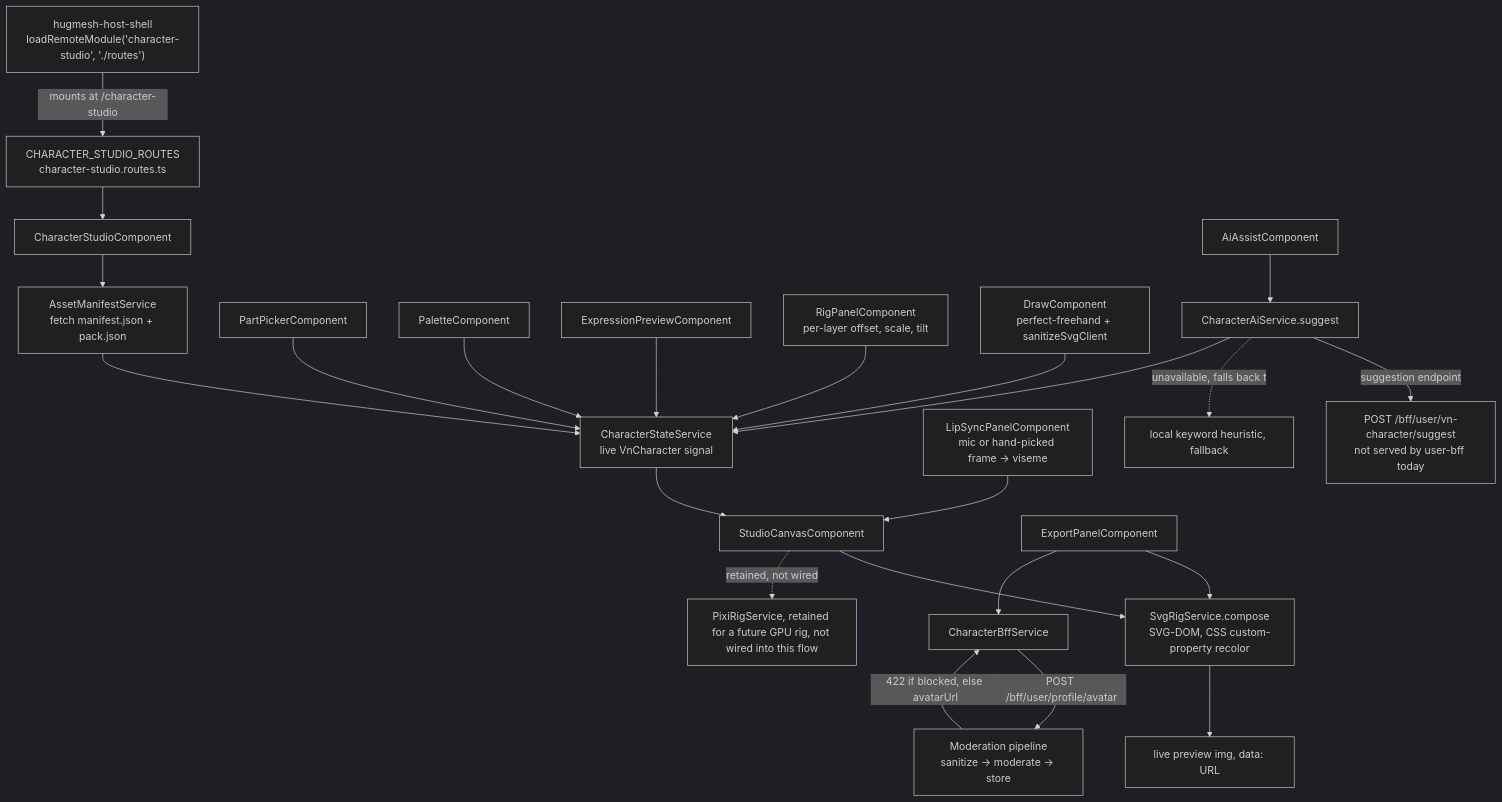
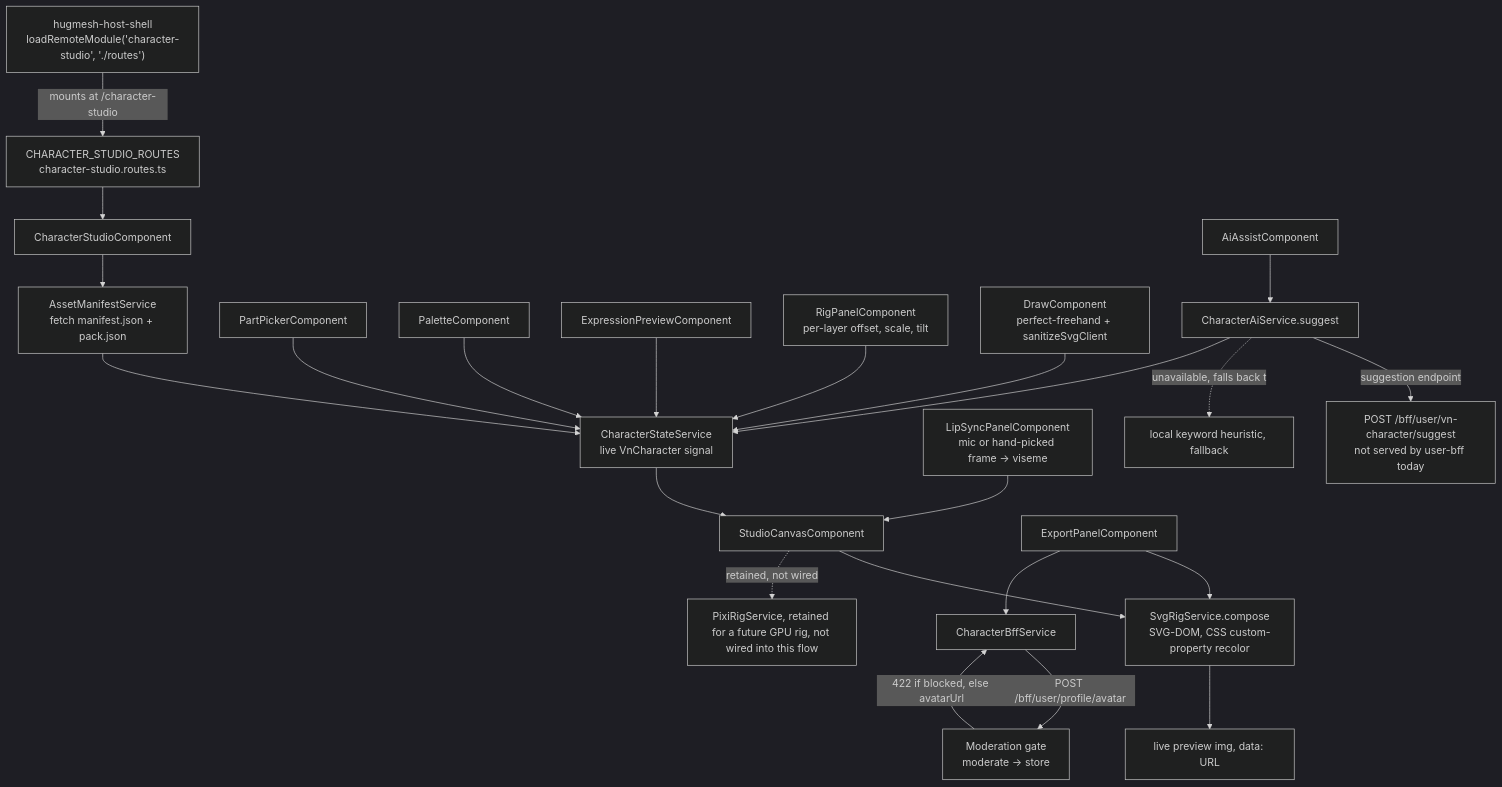
Before and after one commit to hugmesh/hugmesh-character-studio-ui: the diagram in README.md, drawn with Mermaid (dark theme). The commit also changed other lines of this file, not shown here.

First line of the commit message:
docs(readme): hybrid toggle lives in the part picker; moderation gate is moderate then store

````diff
--- a/README.md
+++ b/README.md
@@ -57,52 +57,52 @@
 ```mermaid
 flowchart TB
     Host["hugmesh-host-shell<br/>loadRemoteModule('character-studio', './routes')"]
     Routes["CHARACTER_STUDIO_ROUTES<br/>character-studio.routes.ts"]
     Studio["CharacterStudioComponent"]
     Assets["AssetManifestService<br/>fetch manifest.json + pack.json"]
     State["CharacterStateService<br/>live VnCharacter signal"]
     Canvas["StudioCanvasComponent"]
     SvgRig["SvgRigService.compose<br/>SVG-DOM, CSS custom-property recolor"]
     Preview["live preview img, data: URL"]
     PartPicker["PartPickerComponent"]
     Palette["PaletteComponent"]
     ExprPreview["ExpressionPreviewComponent"]
     LipSync["LipSyncPanelComponent<br/>mic or hand-picked frame -> viseme"]
     RigPanel["RigPanelComponent<br/>per-layer offset, scale, tilt"]
     Draw["DrawComponent<br/>perfect-freehand + sanitizeSvgClient"]
     AiAssist["AiAssistComponent"]
     CharacterAi["CharacterAiService.suggest"]
     BffSuggest["POST /bff/user/vn-character/suggest<br/>not served by user-bff today"]
     LocalHeuristic["local keyword heuristic, fallback"]
     ExportPanel["ExportPanelComponent"]
     CharacterBff["CharacterBffService"]
-    Moderation["Moderation pipeline<br/>sanitize -> moderate -> store"]
+    Moderation["Moderation gate<br/>moderate -> store"]
     PixiRig["PixiRigService, retained for a future GPU rig, not wired into this flow"]
 
     Host -->|mounts at /character-studio| Routes
     Routes --> Studio
     Studio --> Assets
     Assets --> State
     State --> Canvas
     Canvas --> SvgRig
     SvgRig --> Preview
 
     PartPicker --> State
     Palette --> State
     ExprPreview --> State
     RigPanel --> State
     LipSync --> Canvas
     Draw --> State
 
     AiAssist --> CharacterAi
     CharacterAi -->|suggestion endpoint| BffSuggest
     CharacterAi -.unavailable, falls back to.-> LocalHeuristic
     CharacterAi --> State
 
     ExportPanel --> SvgRig
     ExportPanel --> CharacterBff
     CharacterBff -->|POST /bff/user/profile/avatar| Moderation
     Moderation -->|422 if blocked, else avatarUrl| CharacterBff
 
     Canvas -.retained, not wired.-> PixiRig
 ```
````
